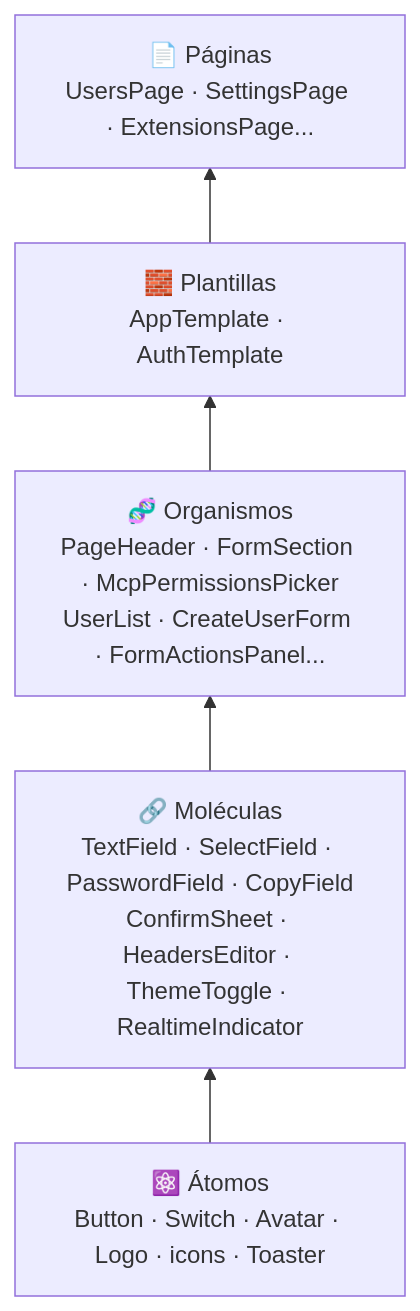
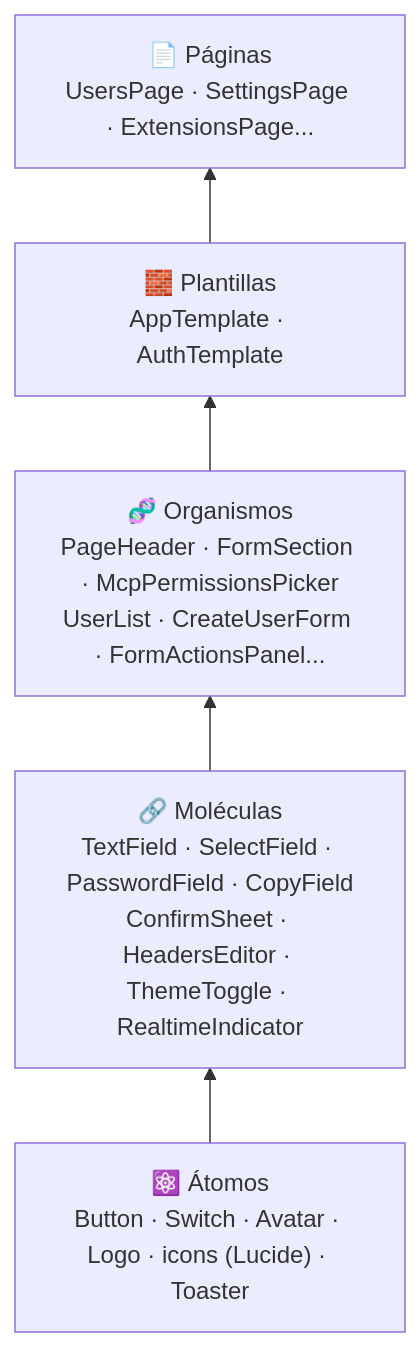
The diagram in docs/arquitectura.md (stevengazo/Wan-Web), drawn with Mermaid before and after one commit. The commit also changed 7 other files, not shown here.

````diff
--- a/docs/arquitectura.md
+++ b/docs/arquitectura.md
@@ -7,9 +7,9 @@
 ```mermaid
 flowchart BT
-    A["⚛️ Átomos<br/>Button · Switch · Avatar · Logo · icons · Toaster"]
+    A["⚛️ Átomos<br/>Button · Switch · Avatar · Logo · icons (Lucide) · Toaster"]
     M["🔗 Moléculas<br/>TextField · SelectField · PasswordField · CopyField<br/>ConfirmSheet · HeadersEditor · ThemeToggle · RealtimeIndicator"]
     O["🧬 Organismos<br/>PageHeader · FormSection · McpPermissionsPicker<br/>UserList · CreateUserForm · FormActionsPanel..."]
     T["🧱 Plantillas<br/>AppTemplate · AuthTemplate"]
     P["📄 Páginas<br/>UsersPage · SettingsPage · ExtensionsPage..."]
     A --> M --> O --> T --> P
 ```
````
